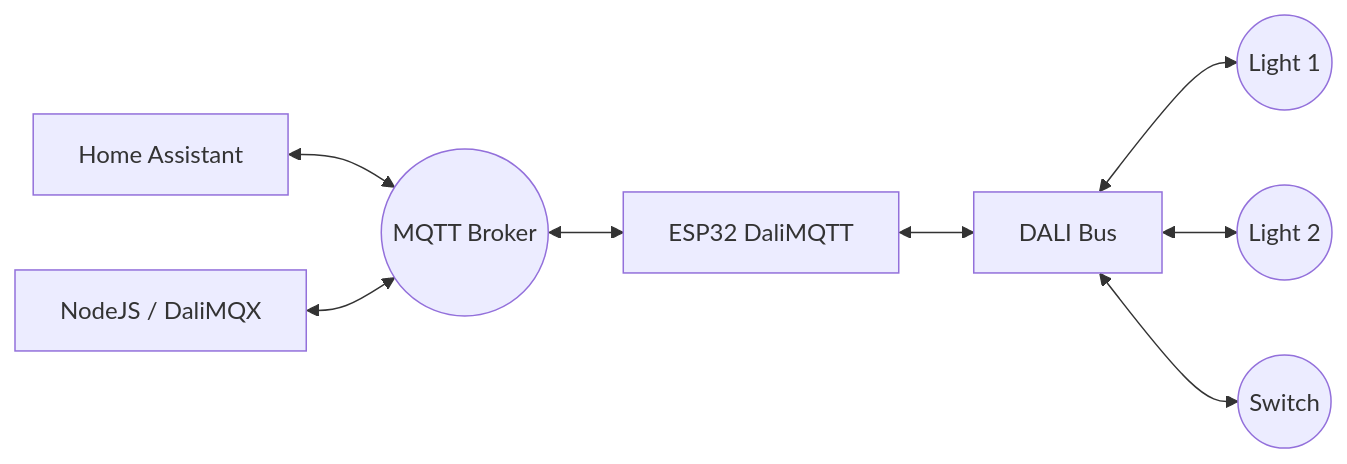
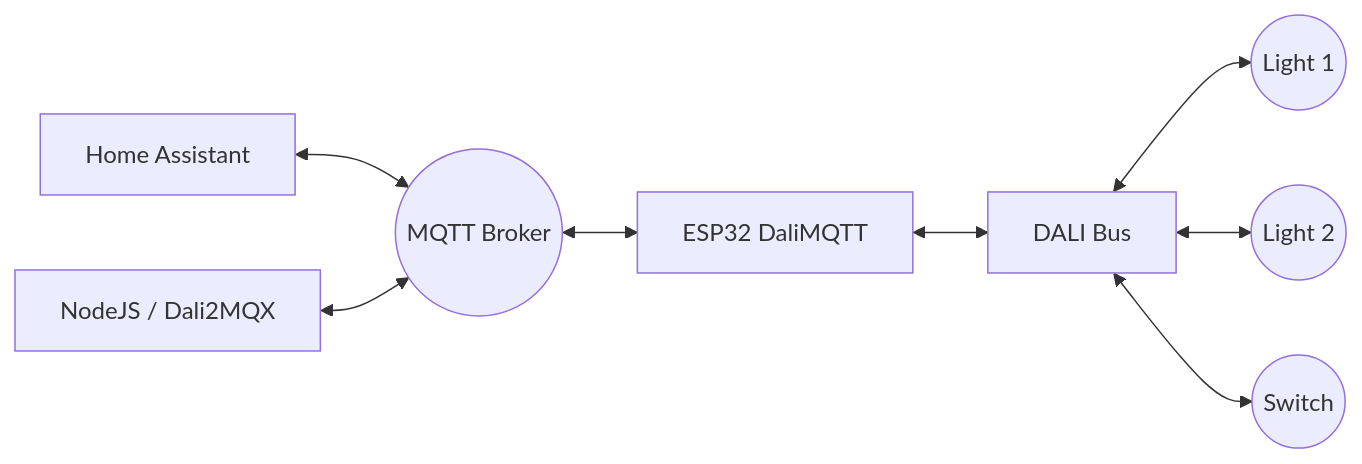
One commit to alice-trade/dali2mqtt changed the diagram in README.md. Above: the diagram before and after it, drawn with Mermaid. The commit also changed other lines of this file and 6 other files, not shown here.

````diff
--- a/README.md
+++ b/README.md
@@ -12,10 +9,10 @@
 ```mermaid
 graph LR
     HA[Home Assistant] <--> MQTT((MQTT Broker))
-    JS[NodeJS / DaliMQX] <--> MQTT
+    JS[NodeJS / Dali2MQX] <--> MQTT
     MQTT <--> ESP[ESP32 DaliMQTT]
     ESP <--> DALI[DALI Bus]
     DALI <--> L1((Light 1))
     DALI <--> L2((Light 2))
     DALI <--> S1((Switch))
 ```
````
